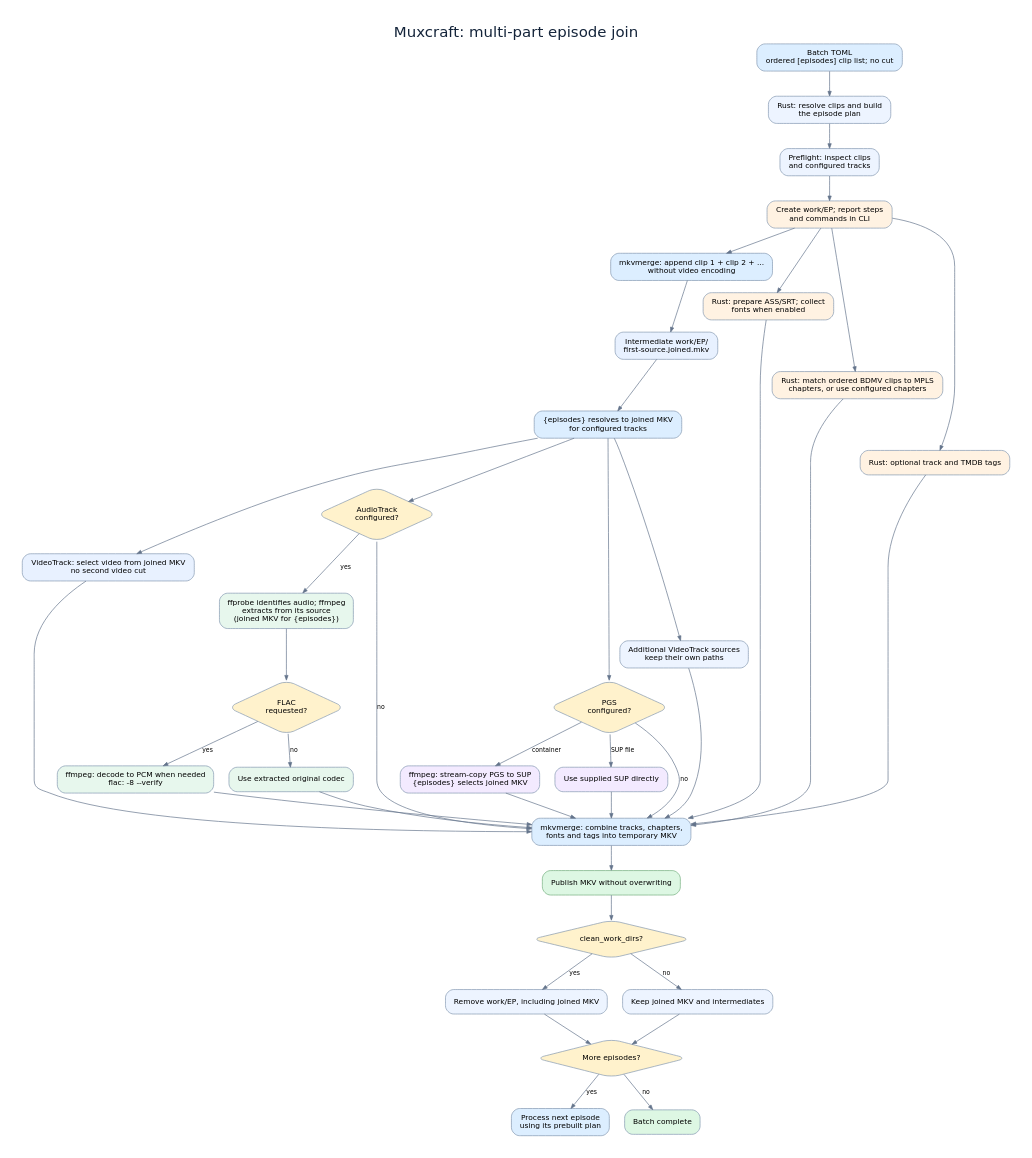
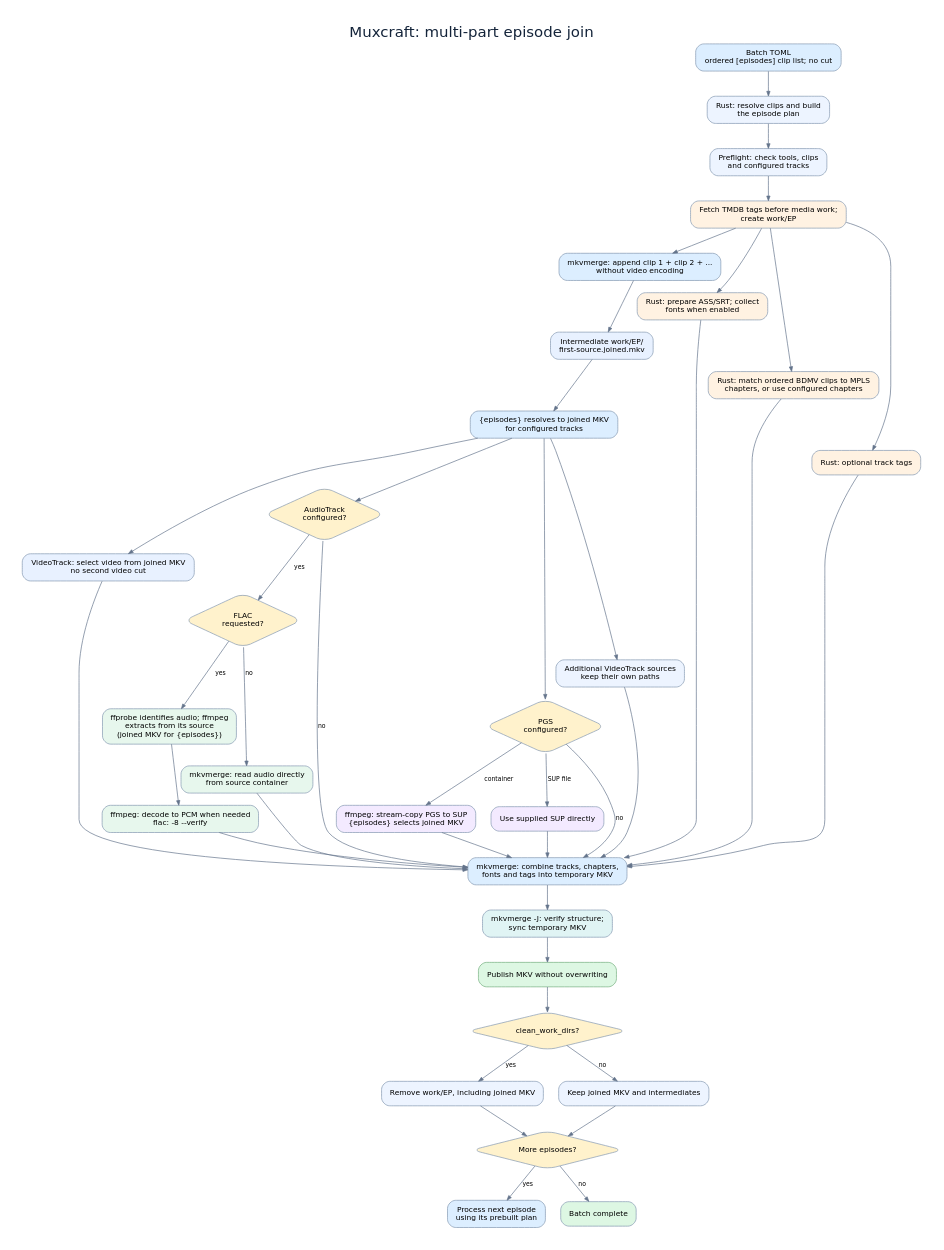
One commit to IncYami/muxcraft changed the diagram in docs/multi-part-flow.dot. Above: the diagram before and after it, drawn with Graphviz. The commit also changed 17 other files, not shown here.

```diff
--- a/docs/multi-part-flow.dot
+++ b/docs/multi-part-flow.dot
@@ -1,67 +1,68 @@
 digraph MultiPartFlow {
   graph [rankdir=TB, bgcolor="white", pad="0.35", nodesep="0.3", ranksep="0.5", fontname="DejaVu Sans", label="Muxcraft: multi-part episode join", labelloc=t, fontsize=22, fontcolor="#14243a"];
   node [shape=box, style="rounded,filled", fillcolor="#edf4ff", color="#8297b0", fontname="DejaVu Sans", fontsize=11, margin="0.17,0.11"];
   edge [color="#64748b", arrowsize=0.7, fontname="DejaVu Sans", fontsize=9];
 
   toml [label="Batch TOML\nordered [episodes] clip list; no cut", fillcolor="#dceeff"];
   plan [label="Rust: resolve clips and build\nthe episode plan"];
-  preflight [label="Preflight: inspect clips\nand configured tracks"];
-  work [label="Create work/EP; report steps\nand commands in CLI", fillcolor="#fff2e2"];
+  preflight [label="Preflight: check tools, clips\nand configured tracks"];
+  work [label="Fetch TMDB tags before media work;\ncreate work/EP", fillcolor="#fff2e2"];
   join [label="mkvmerge: append clip 1 + clip 2 + ...\nwithout video encoding", fillcolor="#dceeff"];
   joined [label="Intermediate work/EP/\nfirst-source.joined.mkv", fillcolor="#e8f1ff"];
   variable [label="{episodes} resolves to joined MKV\nfor configured tracks", fillcolor="#dceeff"];
   video [label="VideoTrack: select video from joined MKV\nno second video cut", fillcolor="#e8f1ff"];
   audio [shape=diamond, label="AudioTrack\nconfigured?", fillcolor="#fff2cc"];
   extract [label="ffprobe identifies audio; ffmpeg\nextracts from its source\n(joined MKV for {episodes})", fillcolor="#e7f7ed"];
   flac_choice [shape=diamond, label="FLAC\nrequested?", fillcolor="#fff2cc"];
   flac [label="ffmpeg: decode to PCM when needed\nflac: -8 --verify", fillcolor="#e7f7ed"];
-  copy [label="Use extracted original codec", fillcolor="#e7f7ed"];
+  copy [label="mkvmerge: read audio directly\nfrom source container", fillcolor="#e7f7ed"];
   pgs [shape=diamond, label="PGS\nconfigured?", fillcolor="#fff2cc"];
   pgs_extract [label="ffmpeg: stream-copy PGS to SUP\n{episodes} selects joined MKV", fillcolor="#f3eaff"];
   pgs_direct [label="Use supplied SUP directly", fillcolor="#f3eaff"];
   other [label="Additional VideoTrack sources\nkeep their own paths"];
   subtitle [label="Rust: prepare ASS/SRT; collect\nfonts when enabled", fillcolor="#fff2e2"];
   chapter [label="Rust: match ordered BDMV clips to MPLS\nchapters, or use configured chapters", fillcolor="#fff2e2"];
-  tags [label="Rust: optional track and TMDB tags", fillcolor="#fff2e2"];
+  tags [label="Rust: optional track tags", fillcolor="#fff2e2"];
   mux [label="mkvmerge: combine tracks, chapters,\nfonts and tags into temporary MKV", fillcolor="#dceeff"];
+  verify [label="mkvmerge -J: verify structure;\nsync temporary MKV", fillcolor="#e0f4f4"];
   output [label="Publish MKV without overwriting", fillcolor="#ddf7e3", color="#72ad7d"];
   clean [shape=diamond, label="clean_work_dirs?", fillcolor="#fff2cc"];
   remove [label="Remove work/EP, including joined MKV"];
   keep [label="Keep joined MKV and intermediates"];
   next [shape=diamond, label="More episodes?", fillcolor="#fff2cc"];
   repeat [label="Process next episode\nusing its prebuilt plan", fillcolor="#dceeff"];
   done [label="Batch complete", fillcolor="#ddf7e3"];
 
   toml -> plan -> preflight -> work -> join -> joined -> variable;
   variable -> video;
   variable -> audio;
-  audio -> extract [label="yes"];
-  extract -> flac_choice;
-  flac_choice -> flac [label="yes"];
+  audio -> flac_choice [label="yes"];
+  flac_choice -> extract [label="yes"];
+  extract -> flac;
   flac_choice -> copy [label="no"];
   variable -> pgs;
   pgs -> pgs_extract [label="container"];
   pgs -> pgs_direct [label="SUP file"];
   variable -> other;
   work -> subtitle;
   work -> chapter;
   work -> tags;
   video -> mux;
   audio -> mux [label="no"];
   flac -> mux;
   copy -> mux;
   pgs -> mux [label="no"];
   pgs_extract -> mux;
   pgs_direct -> mux;
   other -> mux;
   subtitle -> mux;
   chapter -> mux;
   tags -> mux;
-  mux -> output -> clean;
+  mux -> verify -> output -> clean;
   clean -> remove [label="yes"];
   clean -> keep [label="no"];
   remove -> next;
   keep -> next;
   next -> repeat [label="yes"];
   next -> done [label="no"];
 }
```
